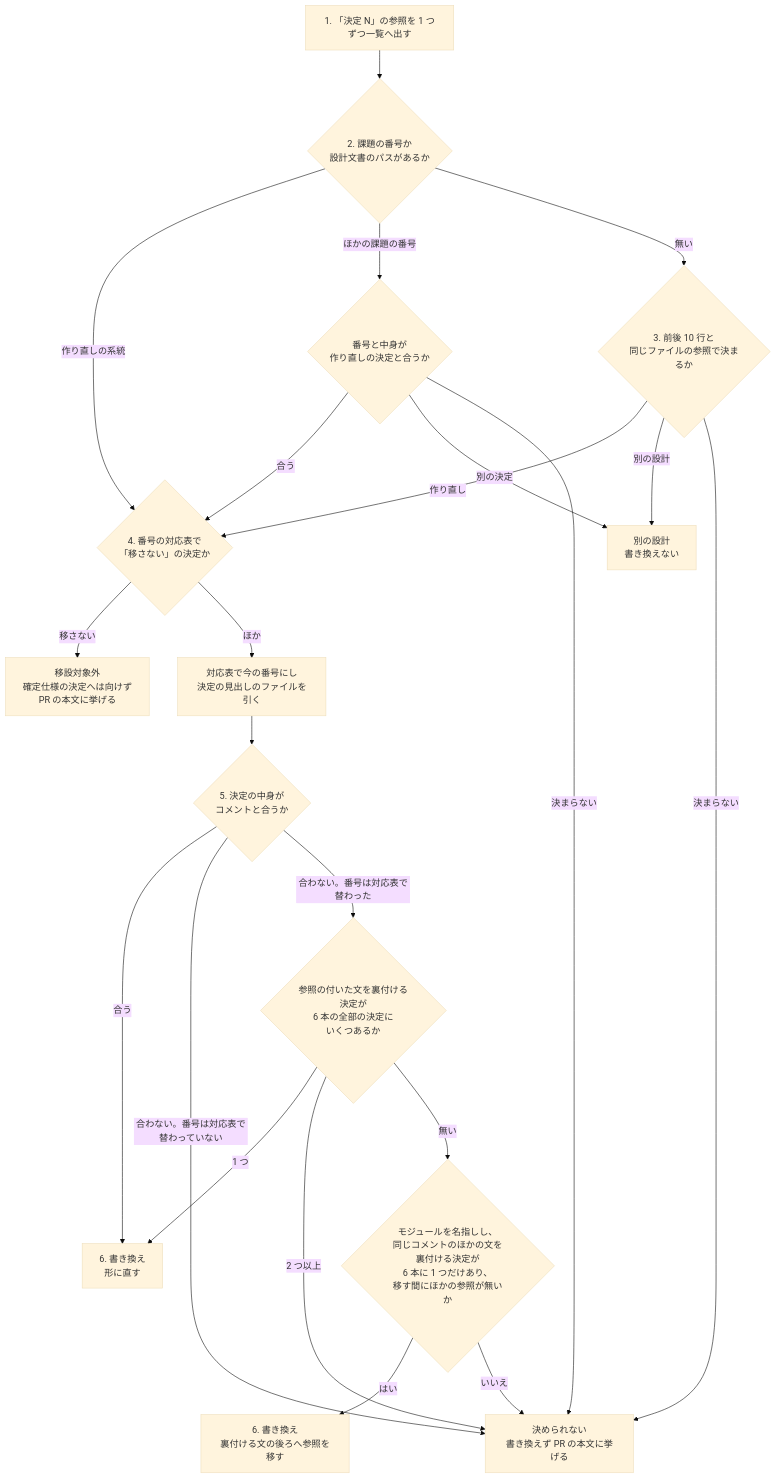
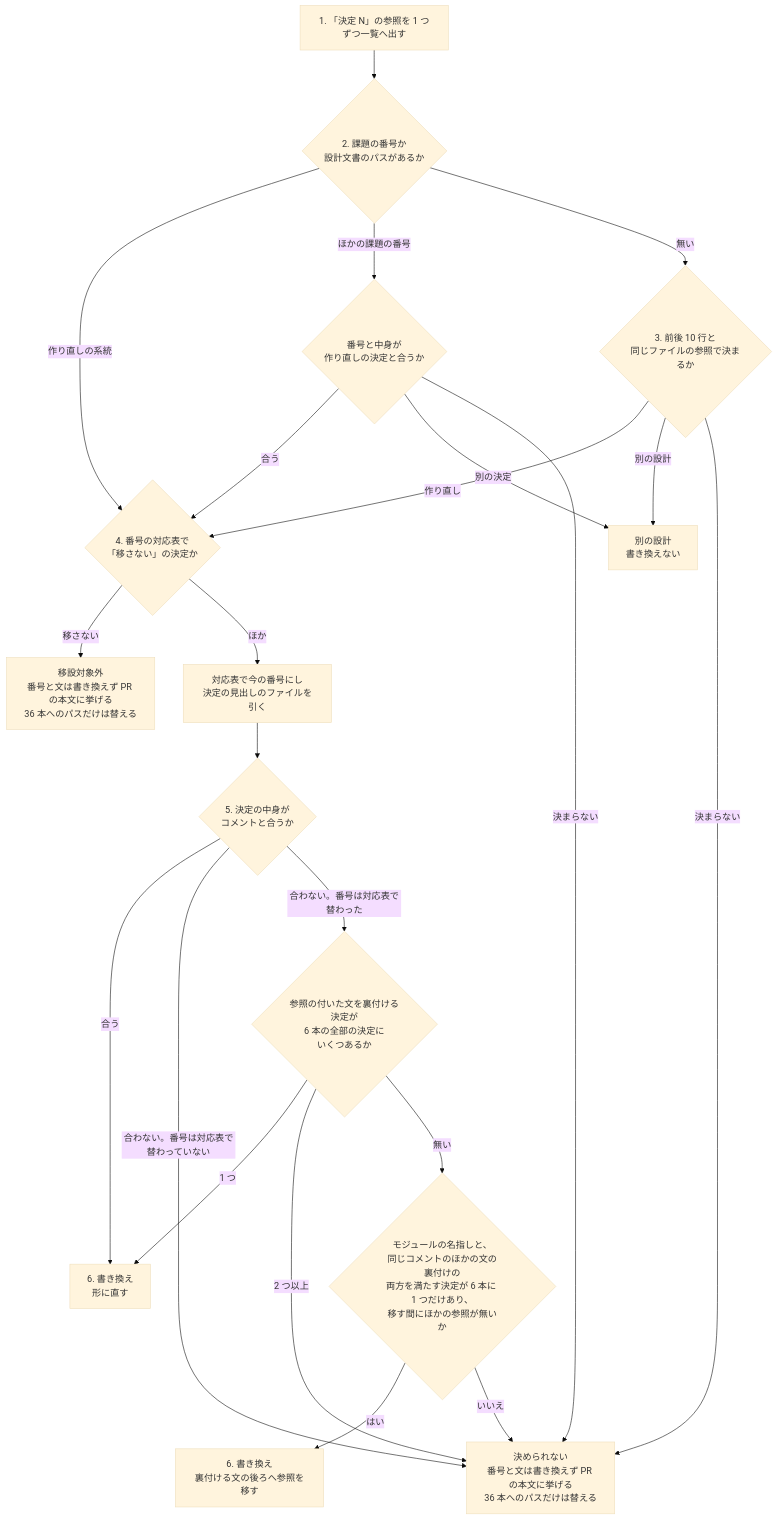
Before and after one commit to devbasex/ai-plugins: the third of 3 diagrams in issues/issue-3960-design.md, drawn with Mermaid (base theme). The commit also changed other lines of this file and 1 other file, not shown here.

````diff
--- a/issues/issue-3960-design.md
+++ b/issues/issue-3960-design.md
@@ -100,24 +100,24 @@
 ```mermaid
 flowchart TD
   A["1. 「決定 N」の参照を 1 つずつ一覧へ出す"] --> B{"2. 課題の番号か<br/>設計文書のパスがあるか"}
   B -->|作り直しの系統| K{"4. 番号の対応表で<br/>「移さない」の決定か"}
   B -->|ほかの課題の番号| O{"番号と中身が<br/>作り直しの決定と合うか"}
   B -->|無い| C{"3. 前後 10 行と<br/>同じファイルの参照で決まるか"}
   O -->|合う| K
   O -->|別の決定| E["別の設計<br/>書き換えない"]
-  O -->|決まらない| F["決められない<br/>書き換えず PR の本文に挙げる"]
+  O -->|決まらない| F["決められない<br/>番号と文は書き換えず PR の本文に挙げる<br/>36 本へのパスだけは替える"]
   C -->|作り直し| K
   C -->|別の設計| E
   C -->|決まらない| F
-  K -->|移さない| M["移設対象外<br/>確定仕様の決定へは向けず<br/>PR の本文に挙げる"]
+  K -->|移さない| M["移設対象外<br/>番号と文は書き換えず PR の本文に挙げる<br/>36 本へのパスだけは替える"]
   K -->|ほか| D["対応表で今の番号にし<br/>決定の見出しのファイルを引く"]
   D --> G{"5. 決定の中身が<br/>コメントと合うか"}
   G -->|合う| H["6. 書き換え<br/>形に直す"]
   G -->|合わない。番号は対応表で替わっていない| F
   G -->|合わない。番号は対応表で替わった| S{"参照の付いた文を裏付ける決定が<br/>6 本の全部の決定に<br/>いくつあるか"}
   S -->|1 つ| H
   S -->|2 つ以上| F
-  S -->|無い| T{"モジュールを名指しし、<br/>同じコメントのほかの文を裏付ける決定が<br/>6 本に 1 つだけあり、<br/>移す間にほかの参照が無いか"}
+  S -->|無い| T{"モジュールの名指しと、<br/>同じコメントのほかの文の裏付けの<br/>両方を満たす決定が 6 本に 1 つだけあり、<br/>移す間にほかの参照が無いか"}
   T -->|はい| V["6. 書き換え<br/>裏付ける文の後ろへ参照を移す"]
   T -->|いいえ| F
 ```
````
